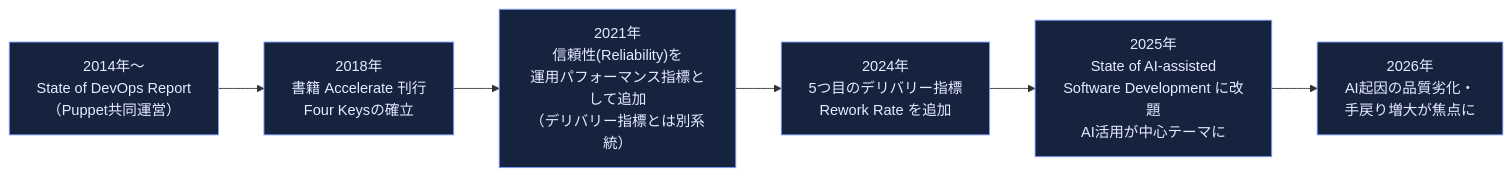
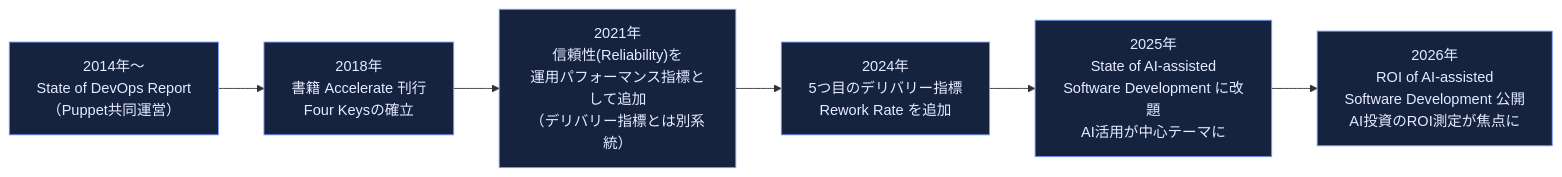
One commit to myoshi2891/Cloud-Infrastructure-Studies changed diagram 17 of 18 in Accelerate-lean-devops-guide.md. Above: the diagram before and after it, drawn with Mermaid. The commit also changed 1 other file, not shown here.

Commit message:
docs: update DevOps and SRE study guides

````diff
--- a/Accelerate-lean-devops-guide.md
+++ b/Accelerate-lean-devops-guide.md
@@ -554,11 +554,11 @@
 ```mermaid
 flowchart LR
     Y2014["2014年〜<br/>State of DevOps Report<br/>（Puppet共同運営）"] --> Y2018["2018年<br/>書籍 Accelerate 刊行<br/>Four Keysの確立"]
     Y2018 --> Y2021["2021年<br/>信頼性(Reliability)を<br/>運用パフォーマンス指標として追加<br/>（デリバリー指標とは別系統）"]
     Y2021 --> Y2024["2024年<br/>5つ目のデリバリー指標<br/>Rework Rate を追加"]
     Y2024 --> Y2025["2025年<br/>State of AI-assisted<br/>Software Development に改題<br/>AI活用が中心テーマに"]
-    Y2025 --> Y2026["2026年<br/>AI起因の品質劣化・<br/>手戻り増大が焦点に"]
+    Y2025 --> Y2026["2026年<br/>ROI of AI-assisted<br/>Software Development 公開<br/>AI投資のROI測定が焦点に"]
 
     classDef step fill:#16233f,stroke:#7c9eff,color:#e6ebff
     class Y2014,Y2018,Y2021,Y2024,Y2025,Y2026 step
 ```
````
